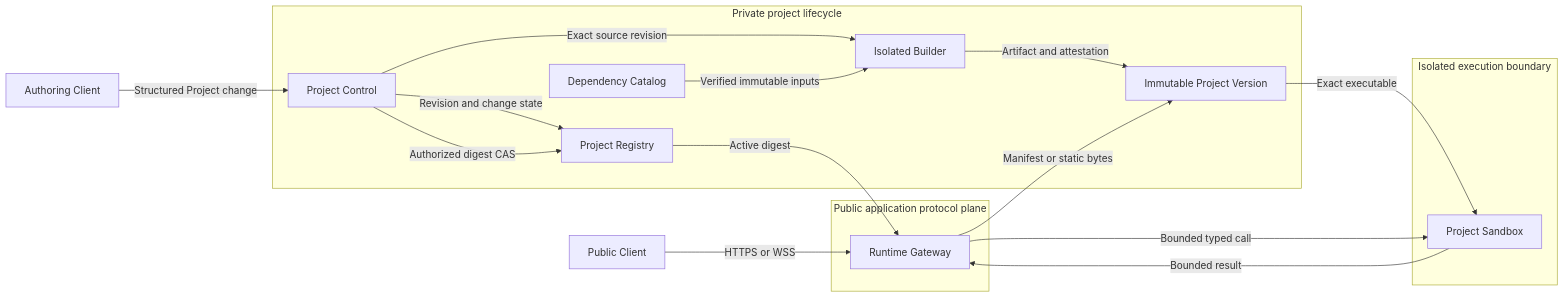
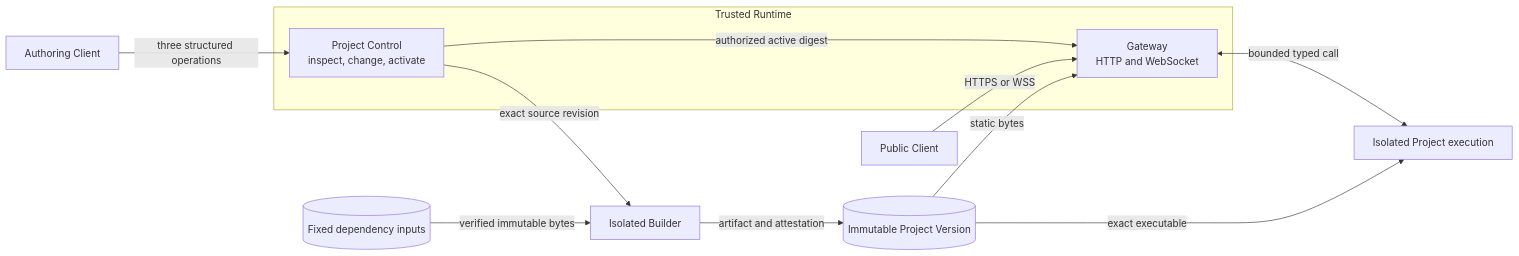
One commit to TheShimpz/shimpz-runtime changed the first of 2 diagrams in DESIGN.md. Above: the diagram before and after it, drawn with Mermaid. The commit also changed other lines of this file and 1 other file, not shown here.

Commit message:
docs: simplify runtime visual design

````diff
--- a/DESIGN.md
+++ b/DESIGN.md
@@ -72,34 +31,25 @@
 ```mermaid
 flowchart LR
-    PublicClient["Public Client"]
-    AuthoringClient["Authoring Client"]
+    Author["Authoring Client"]
+    Public["Public Client"]
 
-    subgraph PublicPlane["Public application protocol plane"]
-        Gateway["Runtime Gateway"]
+    subgraph Runtime["Trusted Runtime"]
+        Control["Project Control<br/>inspect, change, activate"]
+        Gateway["Gateway<br/>HTTP and WebSocket"]
     end
 
-    subgraph PrivateLifecycle["Private project lifecycle"]
-        Control["Project Control"]
-        Registry["Project Registry"]
-        Catalog["Dependency Catalog"]
-        Builder["Isolated Builder"]
-        Version["Immutable Project Version"]
-    end
+    Inputs[("Fixed dependency inputs")]
+    Builder["Isolated Builder"]
+    Version[("Immutable Project Version")]
+    Sandbox["Isolated Project execution"]
 
-    subgraph IsolatedExecution["Isolated execution boundary"]
-        Sandbox["Project Sandbox"]
-    end
-
-    PublicClient -->|"HTTPS or WSS"| Gateway
-    AuthoringClient -->|"Structured Project change"| Control
-    Control -->|"Revision and change state"| Registry
-    Control -->|"Exact source revision"| Builder
-    Catalog -->|"Verified immutable inputs"| Builder
-    Builder -->|"Artifact and attestation"| Version
-    Control -->|"Authorized digest CAS"| Registry
-    Registry -->|"Active digest"| Gateway
-    Gateway -->|"Manifest or static bytes"| Version
-    Version -->|"Exact executable"| Sandbox
-    Gateway -->|"Bounded typed call"| Sandbox
-    Sandbox -->|"Bounded result"| Gateway
+    Author -->|"three structured operations"| Control
+    Control -->|"exact source revision"| Builder
+    Inputs -->|"verified immutable bytes"| Builder
+    Builder -->|"artifact and attestation"| Version
+    Control -->|"authorized active digest"| Gateway
+    Public -->|"HTTPS or WSS"| Gateway
+    Version -->|"static bytes"| Gateway
+    Version -->|"exact executable"| Sandbox
+    Gateway <-->|"bounded typed call"| Sandbox
 ```
````
